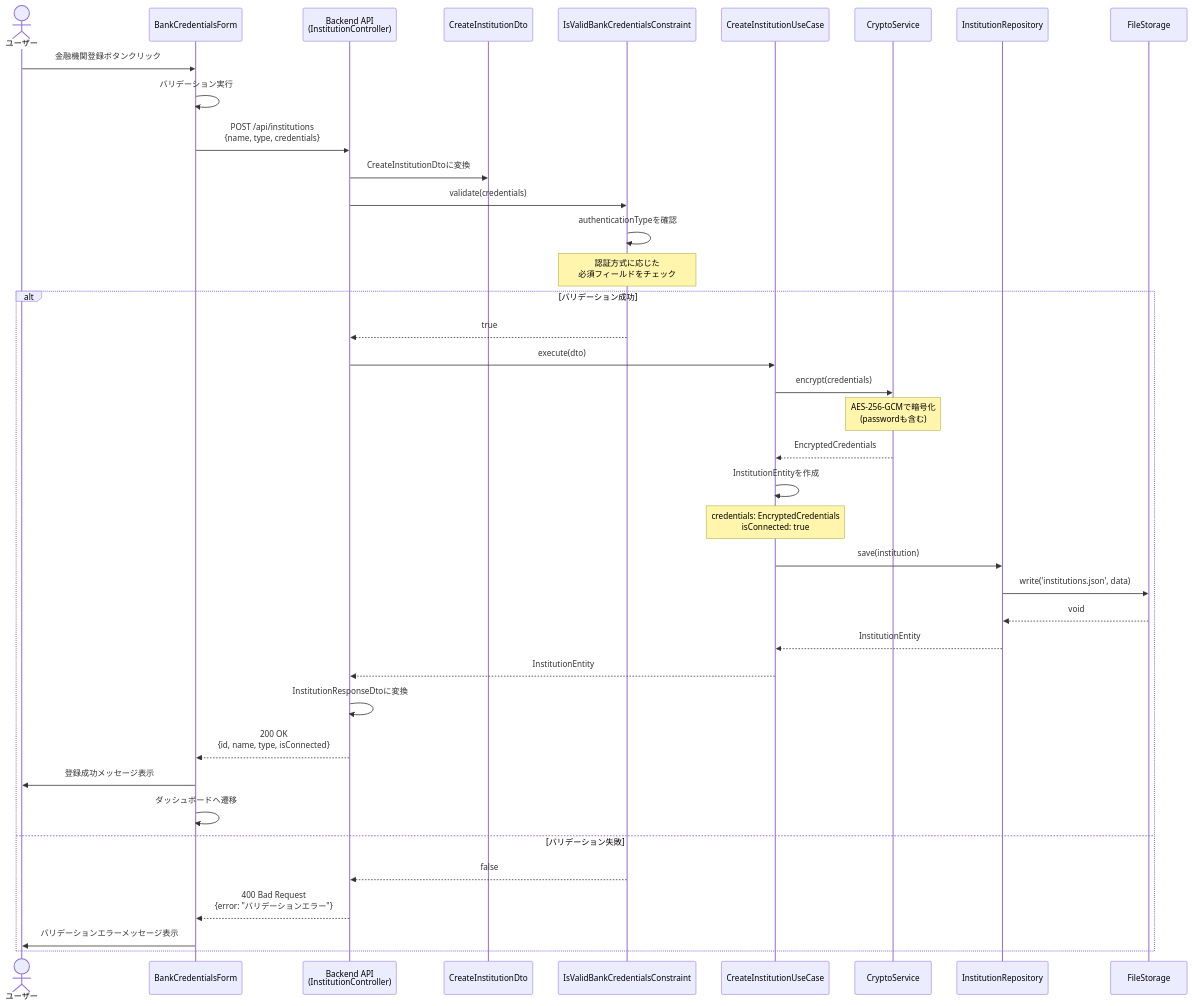
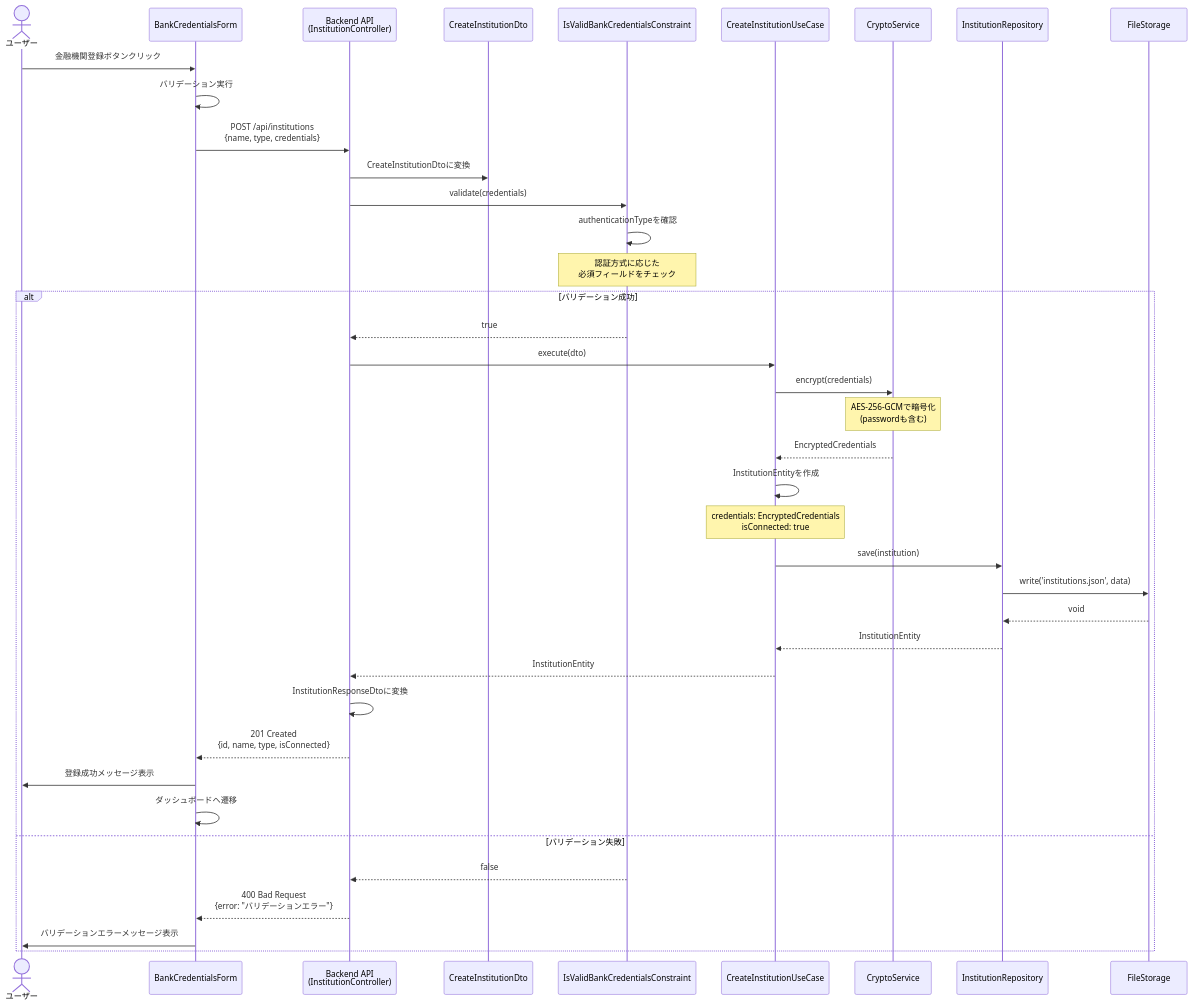
Before and after one commit to kencom2400/account-book: the fourth of 13 diagrams in docs/detailed-design/FR-410_bank-authentication-extension/sequence-diagrams.md, drawn with Mermaid.

Commit message:
docs: Gemini指摘対応 - 金融機関登録成功時のレスポンスを201 Createdに修正 (Issue #410)
- REST APIの慣例に従い、リソース作成成功時は201 Createdを返すように修正
- input-output-design.mdとの整合性を保つため

````diff
--- a/docs/detailed-design/FR-410_bank-authentication-extension/sequence-diagrams.md
+++ b/docs/detailed-design/FR-410_bank-authentication-extension/sequence-diagrams.md
@@ -259,51 +259,51 @@
 ```mermaid
 sequenceDiagram
     actor User as ユーザー
     participant Form as BankCredentialsForm
     participant API as Backend API<br/>(InstitutionController)
     participant DTO as CreateInstitutionDto
     participant Validator as IsValidBankCredentialsConstraint
     participant UC as CreateInstitutionUseCase
     participant Crypto as CryptoService
     participant Repo as InstitutionRepository
     participant Storage as FileStorage
 
     User->>Form: 金融機関登録ボタンクリック
 
     Form->>Form: バリデーション実行
     Form->>API: POST /api/institutions<br/>{name, type, credentials}
 
     API->>DTO: CreateInstitutionDtoに変換
     API->>Validator: validate(credentials)
 
     Validator->>Validator: authenticationTypeを確認
     Note over Validator: 認証方式に応じた<br/>必須フィールドをチェック
 
     alt バリデーション成功
         Validator-->>API: true
         API->>UC: execute(dto)
 
         UC->>Crypto: encrypt(credentials)
         Note over Crypto: AES-256-GCMで暗号化<br/>(passwordも含む)
         Crypto-->>UC: EncryptedCredentials
 
         UC->>UC: InstitutionEntityを作成
         Note over UC: credentials: EncryptedCredentials<br/>isConnected: true
 
         UC->>Repo: save(institution)
         Repo->>Storage: write('institutions.json', data)
         Storage-->>Repo: void
         Repo-->>UC: InstitutionEntity
 
         UC-->>API: InstitutionEntity
         API->>API: InstitutionResponseDtoに変換
-        API-->>Form: 200 OK<br/>{id, name, type, isConnected}
+        API-->>Form: 201 Created<br/>{id, name, type, isConnected}
         Form->>User: 登録成功メッセージ表示
         Form->>Form: ダッシュボードへ遷移
 
     else バリデーション失敗
         Validator-->>API: false
         API-->>Form: 400 Bad Request<br/>{error: "バリデーションエラー"}
         Form->>User: バリデーションエラーメッセージ表示
     end
 ```
````
